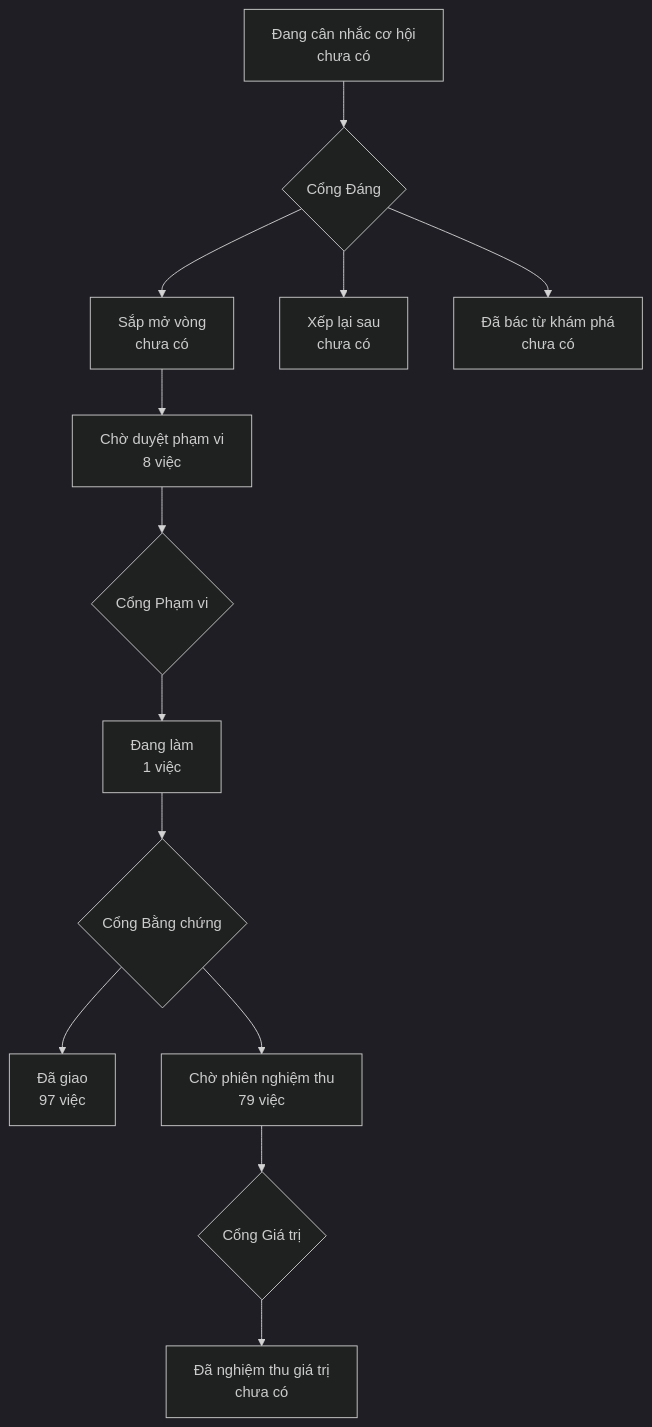
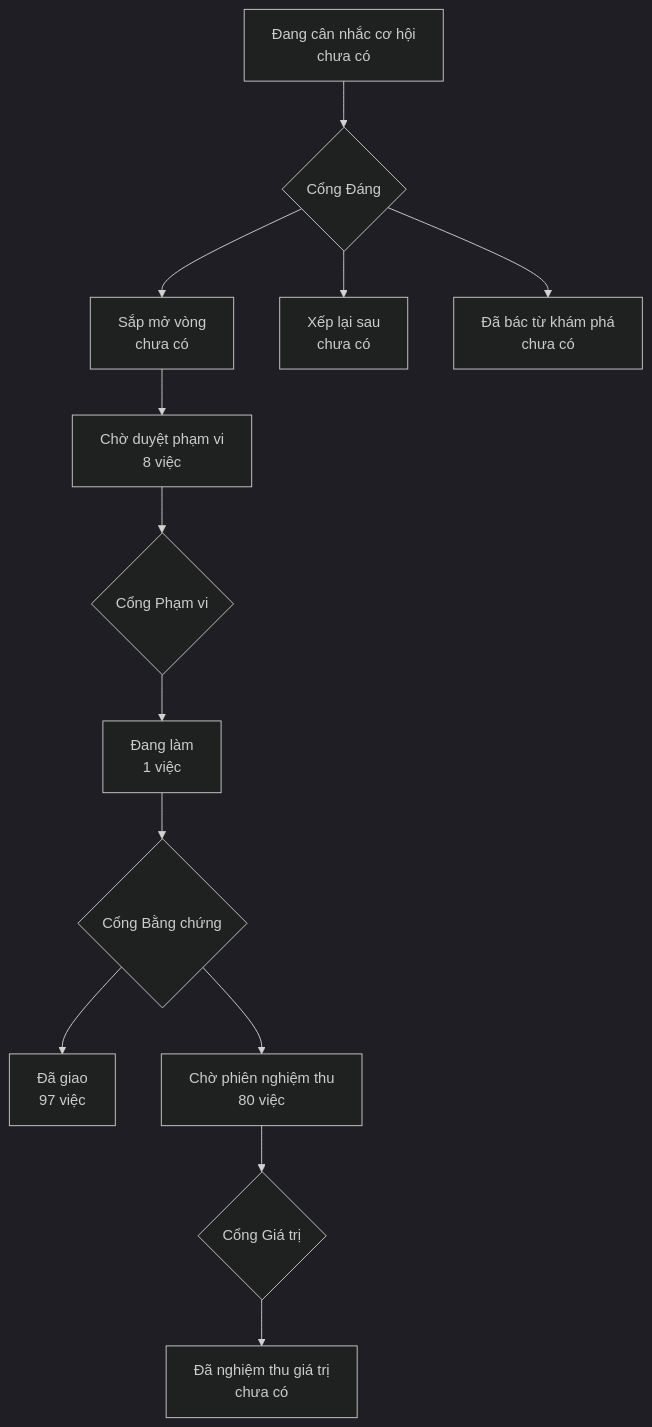
Before and after one commit to phanlemanh/onehub-invest: the diagram in PRODUCT-MAP.md, drawn with Mermaid (dark theme). The commit also changed other lines of this file and 1 other file, not shown here.

Commit message:
chore(acceptance): vẽ lại bản đồ sau gộp main

````diff
--- a/PRODUCT-MAP.md
+++ b/PRODUCT-MAP.md
@@ -7,12 +7,12 @@
 ```mermaid
 flowchart TD
   A["Đang cân nhắc cơ hội<br/>chưa có"] --> GD{"Cổng Đáng"}
   GD --> B["Sắp mở vòng<br/>chưa có"]
   GD --> XL["Xếp lại sau<br/>chưa có"]
   GD --> DB["Đã bác từ khám phá<br/>chưa có"]
   B --> CD["Chờ duyệt phạm vi<br/>8 việc"] --> GP{"Cổng Phạm vi"}
   GP --> DL["Đang làm<br/>1 việc"] --> GB{"Cổng Bằng chứng"}
   GB --> DG["Đã giao<br/>97 việc"]
-  GB --> CN["Chờ phiên nghiệm thu<br/>79 việc"] --> GG{"Cổng Giá trị"}
+  GB --> CN["Chờ phiên nghiệm thu<br/>80 việc"] --> GG{"Cổng Giá trị"}
   GG --> NT["Đã nghiệm thu giá trị<br/>chưa có"]
 ```
````
